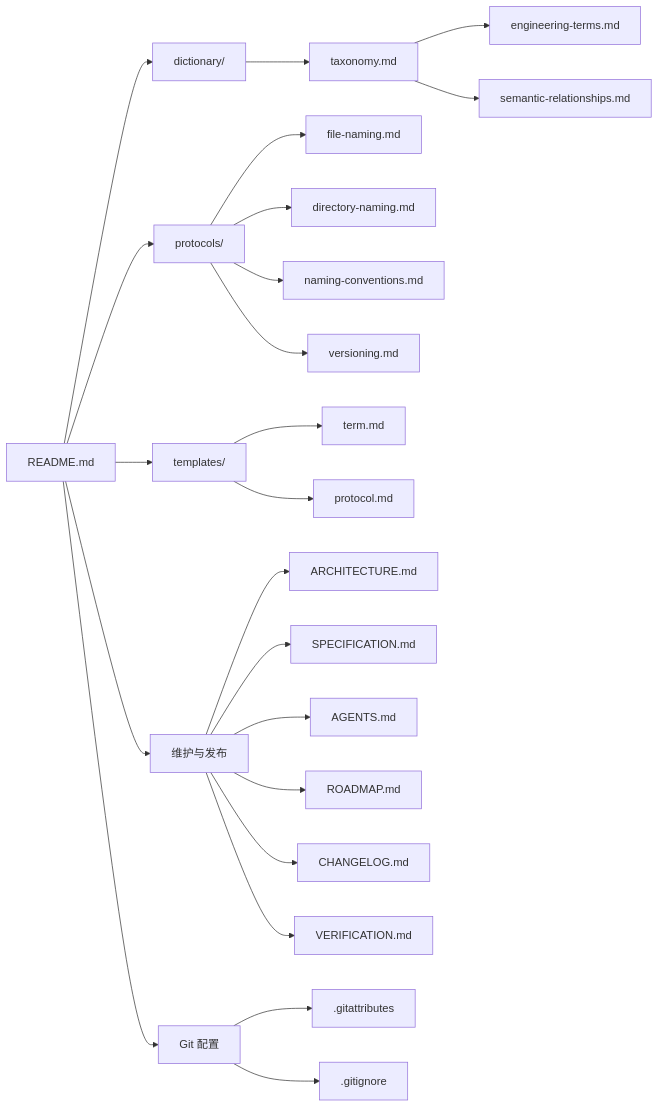
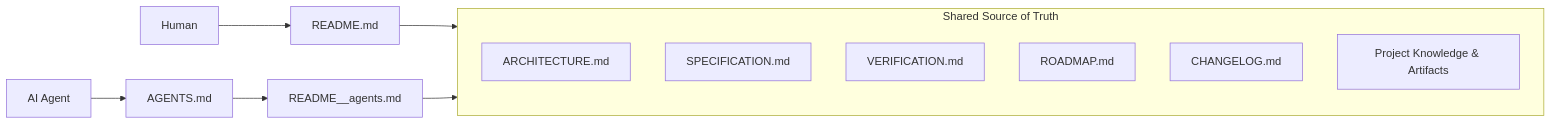
Before and after one commit to bojuewang/engineering-dictionary: the diagram in README.md, drawn with Mermaid. The commit also changed other lines of this file and 17 other files, not shown here.

````diff
--- a/README.md
+++ b/README.md
@@ -7,25 +9,19 @@
 ```mermaid
 flowchart LR
-    root["README.md"] --> terms["dictionary/"]
-    root --> protocols["protocols/"]
-    root --> templates["templates/"]
-    root --> governance["维护与发布"]
-    root --> git["Git 配置"]
-    terms --> taxonomy["taxonomy.md"]
-    taxonomy --> glossary["engineering-terms.md"]
-    taxonomy --> relations["semantic-relationships.md"]
-    protocols --> filenames["file-naming.md"]
-    protocols --> directories["directory-naming.md"]
-    protocols --> naming["naming-conventions.md"]
-    protocols --> versions["versioning.md"]
-    templates --> term["term.md"]
-    templates --> protocol["protocol.md"]
-    governance --> architecture["ARCHITECTURE.md"]
-    governance --> specification["SPECIFICATION.md"]
-    governance --> agents["AGENTS.md"]
-    governance --> roadmap["ROADMAP.md"]
-    governance --> changelog["CHANGELOG.md"]
-    governance --> verification["VERIFICATION.md"]
-    git --> attrs[".gitattributes"]
-    git --> ignore[".gitignore"]
+    human["Human"] --> human_readme["README.md"]
+    agent["AI Agent"] --> instructions["AGENTS.md"]
+    instructions --> agent_readme["README__agents.md"]
+
+    subgraph shared["Shared Source of Truth"]
+        direction TB
+        architecture["ARCHITECTURE.md"]
+        specification["SPECIFICATION.md"]
+        verification["VERIFICATION.md"]
+        roadmap["ROADMAP.md"]
+        changelog["CHANGELOG.md"]
+        knowledge["Project Knowledge & Artifacts"]
+    end
+
+    human_readme --> shared
+    agent_readme --> shared
 ```
````
